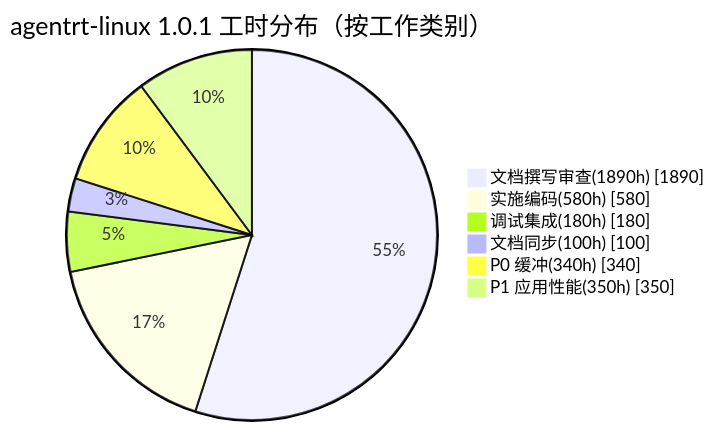
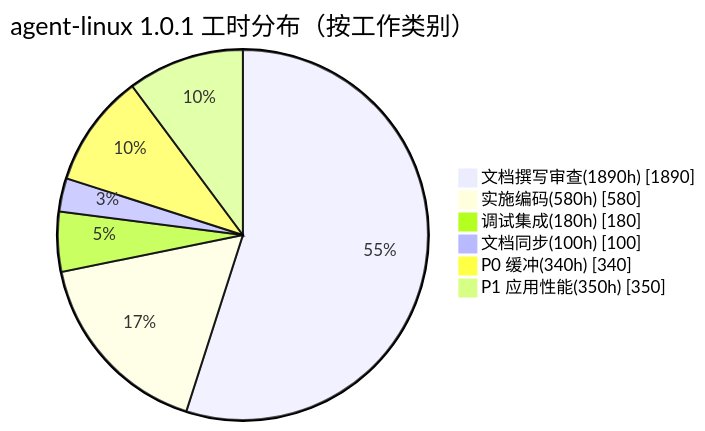
The fourth of 5 diagrams in 130-roadmap/03-resource-estimation.md (openairymax/docs-linux), drawn with Mermaid before and after one commit. The commit also changed other lines of this file and 172 other files, not shown here.

Commit message:
docs: rename agentrt-linux to agent-linux across docs v0.1.3 双工程结构：agentrt-linux 改名 agent-linux。docs 全仓 186 个 文件中的 agentrt-linux 引用统一为 agent-linux（AirymaxOS 工程名/ URL/路径引用；commit hash 与历史不变）。

````diff
--- a/130-roadmap/03-resource-estimation.md
+++ b/130-roadmap/03-resource-estimation.md
@@ -206,10 +206,10 @@
 ```mermaid
 pie showData
-    title agentrt-linux 1.0.1 工时分布（按工作类别）
+    title agent-linux 1.0.1 工时分布（按工作类别）
     "文档撰写审查(1890h)" : 1890
     "实施编码(580h)" : 580
     "调试集成(180h)" : 180
     "文档同步(100h)" : 100
     "P0 缓冲(340h)" : 340
     "P1 应用性能(350h)" : 350
 ```
````
